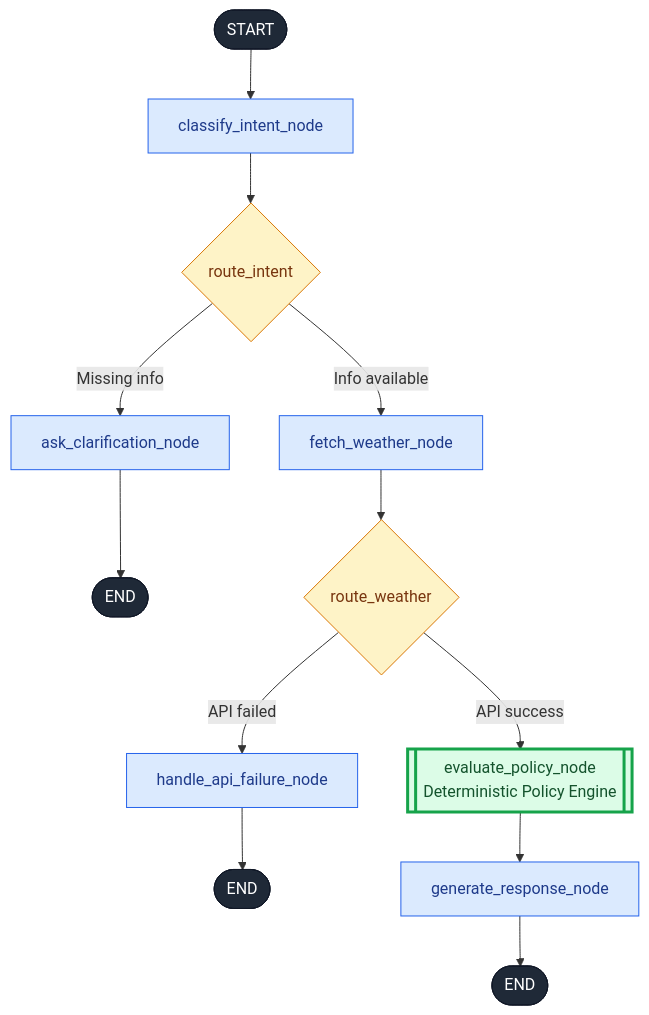
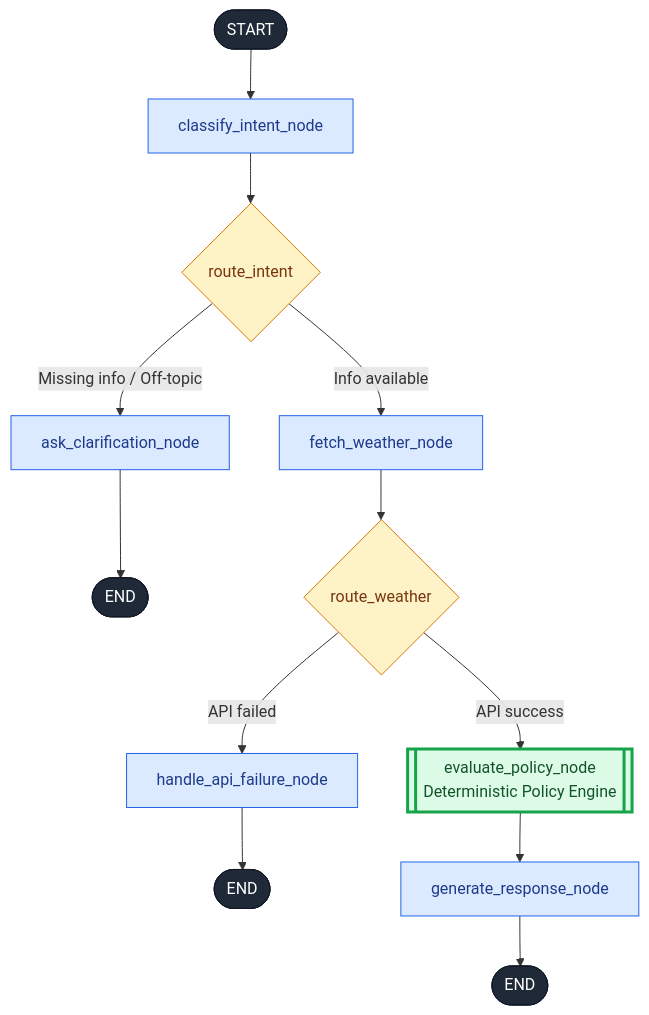
Before and after one commit to SHAKSHYAM23/weather-advisory-bot: the diagram in README.md, drawn with Mermaid. The commit also changed other lines of this file and 9 other files, not shown here.

````diff
--- a/README.md
+++ b/README.md
@@ -62,23 +64,30 @@
 ```mermaid
 flowchart TD
+
     START([START]):::terminal --> classify["classify_intent_node"]:::agent
+
     classify --> routeIntent{"route_intent"}:::router
 
-    routeIntent -- "Missing info" --> clarify["ask_clarification_node"]:::agent
+    routeIntent -- "Missing info / Off-topic" --> clarify["ask_clarification_node"]:::agent
+
     clarify --> END1([END]):::terminal
 
     routeIntent -- "Info available" --> weather["fetch_weather_node"]:::agent
+
     weather --> routeWeather{"route_weather"}:::router
 
     routeWeather -- "API failed" --> fallback["handle_api_failure_node"]:::agent
+
     fallback --> END2([END]):::terminal
 
     routeWeather -- "API success" --> policy[["evaluate_policy_node<br/>Deterministic Policy Engine"]]:::policy
+
     policy --> respond["generate_response_node"]:::agent
+
     respond --> END3([END]):::terminal
 
     classDef terminal fill:#1f2937,stroke:#111827,color:#ffffff
     classDef agent fill:#dbeafe,stroke:#2563eb,color:#1e3a8a
     classDef router fill:#fef3c7,stroke:#d97706,color:#78350f
-    classDef policy fill:#dcfce7,stroke:#16a34a,color:#14532d,stroke-width:3px
+    classDef policy fill:#dcfce7,stroke:#16a34a,color:#14532a,stroke-width:3px
 ```
````
